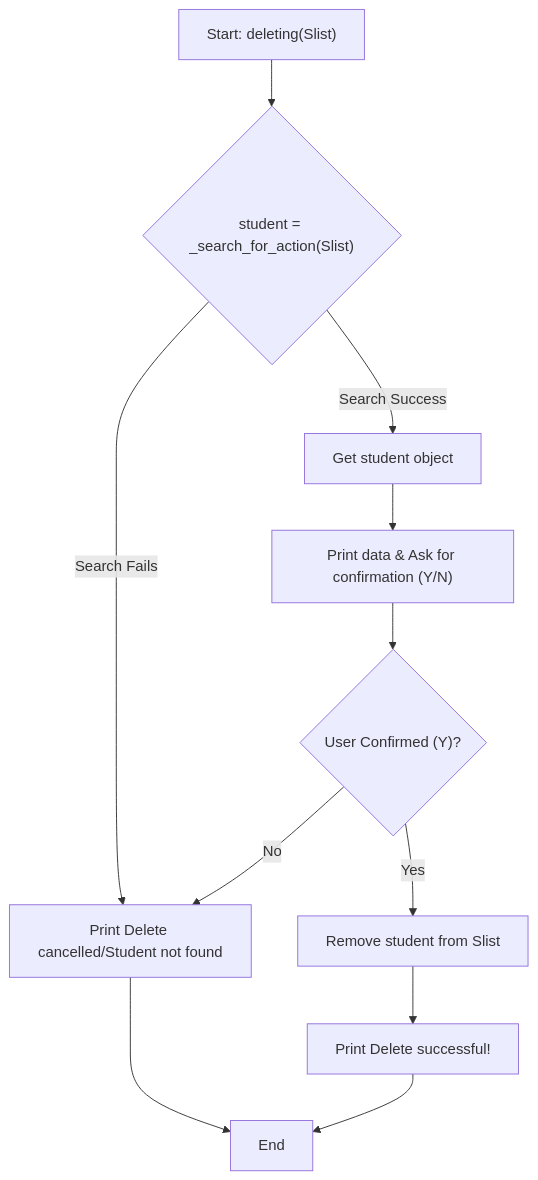
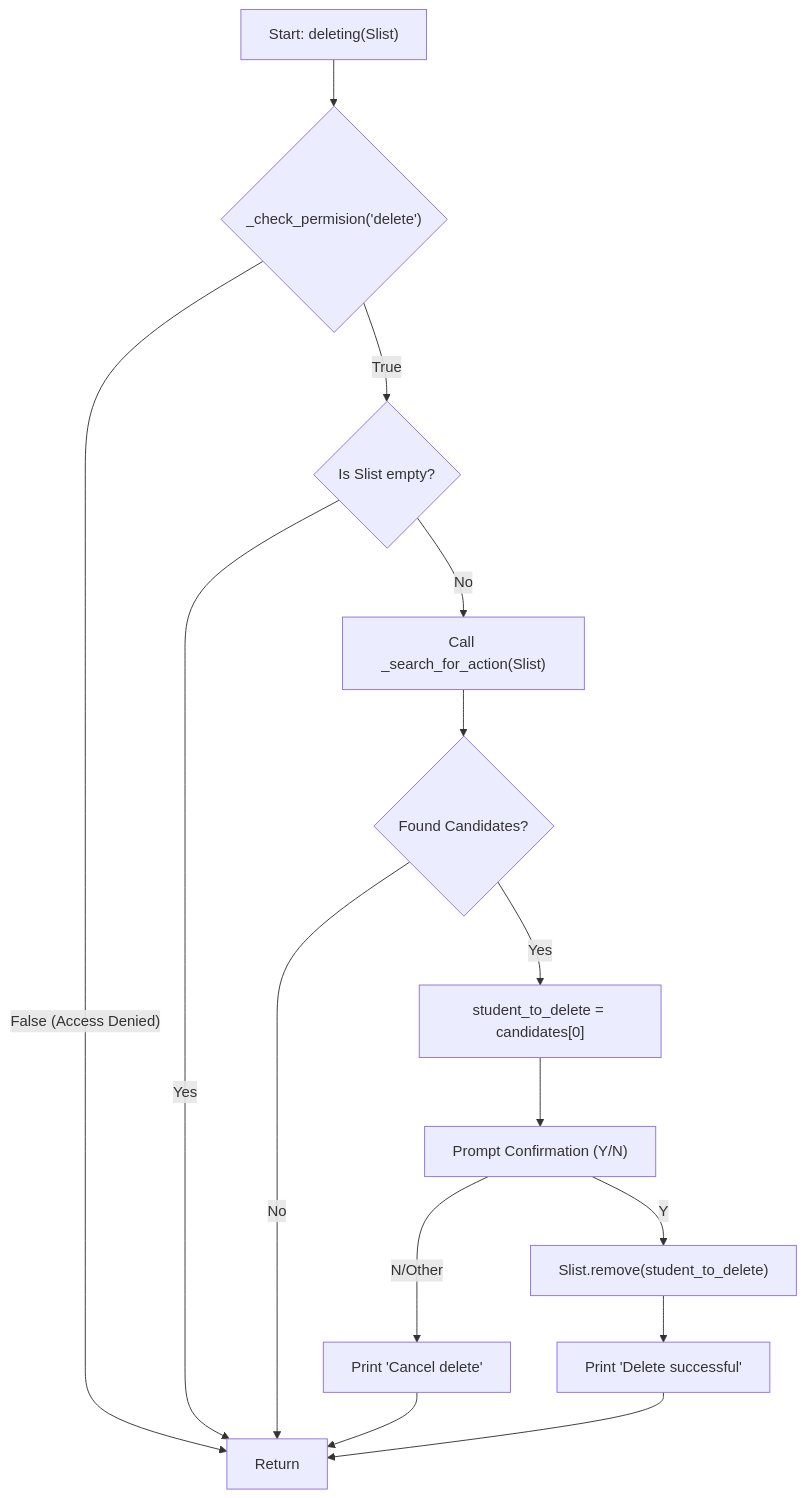
Before and after one commit to luunguyentankhai/FinalPJonschool: the sixth of 16 diagrams in README.md, drawn with Mermaid. The commit also changed other lines of this file, not shown here.

````diff
--- a/README.md
+++ b/README.md
@@ -182,18 +191,23 @@
 ```mermaid
     graph TD
-    A["Start: deleting(Slist)"] --> B{"student = _search_for_action(Slist)"};
+    A["Start: deleting(Slist)"] --> B{"_check_permision('delete')"};
     
-    B -- "Search Fails" --> C["Print "Delete cancelled/Student not found""];
-    C --> Z[End];
+    B -- "False (Access Denied)" --> Z[Return];
     
-    B -- "Search Success" --> D["Get student object"];
-    D --> E["Print data & Ask for confirmation (Y/N)"];
+    B -- "True" --> C{"Is Slist empty?"};
+    C -- "Yes" --> Z;
     
-    E --> F{"User Confirmed (Y)?"};
+    C -- "No" --> D["Call _search_for_action(Slist)"];
+    D --> E{Found Candidates?};
     
-    F -- "No" --> C; 
+    E -- "No" --> Z;
+    E -- "Yes" --> F["student_to_delete = candidates[0]"];
+    F --> G["Prompt Confirmation (Y/N)"];
     
-    F -- "Yes" --> G["Remove student from Slist"];
-    G --> H["Print "Delete successful!""];
+    G -- "N/Other" --> H["Print 'Cancel delete'"];
     H --> Z;
+    
+    G -- "Y" --> I["Slist.remove(student_to_delete)"];
+    I --> J["Print 'Delete successful'"];
+    J --> Z;
 ```
````
